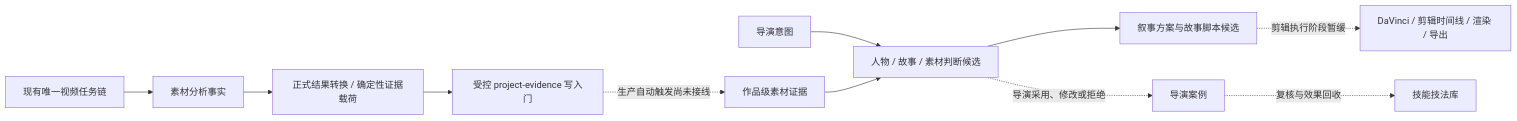
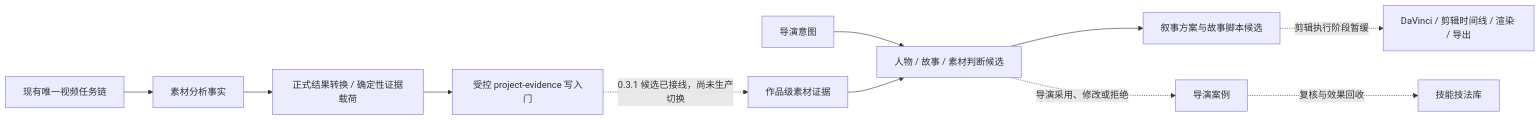
Before and after one commit to MAKingljx/video-autoworker: the second of 2 diagrams in docs/architecture/director-brain.md, drawn with Mermaid. The commit also changed other lines of this file and 91 other files, not shown here.

````diff
--- a/docs/architecture/director-brain.md
+++ b/docs/architecture/director-brain.md
@@ -124,13 +133,13 @@
 ```mermaid
 flowchart LR
   M["现有唯一视频任务链"] --> A["素材分析事实"]
   A --> P["正式结果转换 / 确定性证据载荷"]
   P --> G["受控 project-evidence 写入门"]
-  G -. "生产自动触发尚未接线" .-> E["作品级素材证据"]
+  G -. "0.3.1 候选已接线，尚未生产切换" .-> E["作品级素材证据"]
   I["导演意图"] --> J["人物 / 故事 / 素材判断候选"]
   E --> J
   J --> N["叙事方案与故事脚本候选"]
   N -. "剪辑执行阶段暂缓" .-> D["DaVinci / 剪辑时间线 / 渲染 / 导出"]
   J -. "导演采用、修改或拒绝" .-> C["导演案例"]
   C -. "复核与效果回收" .-> K["技能技法库"]
 ```
````
